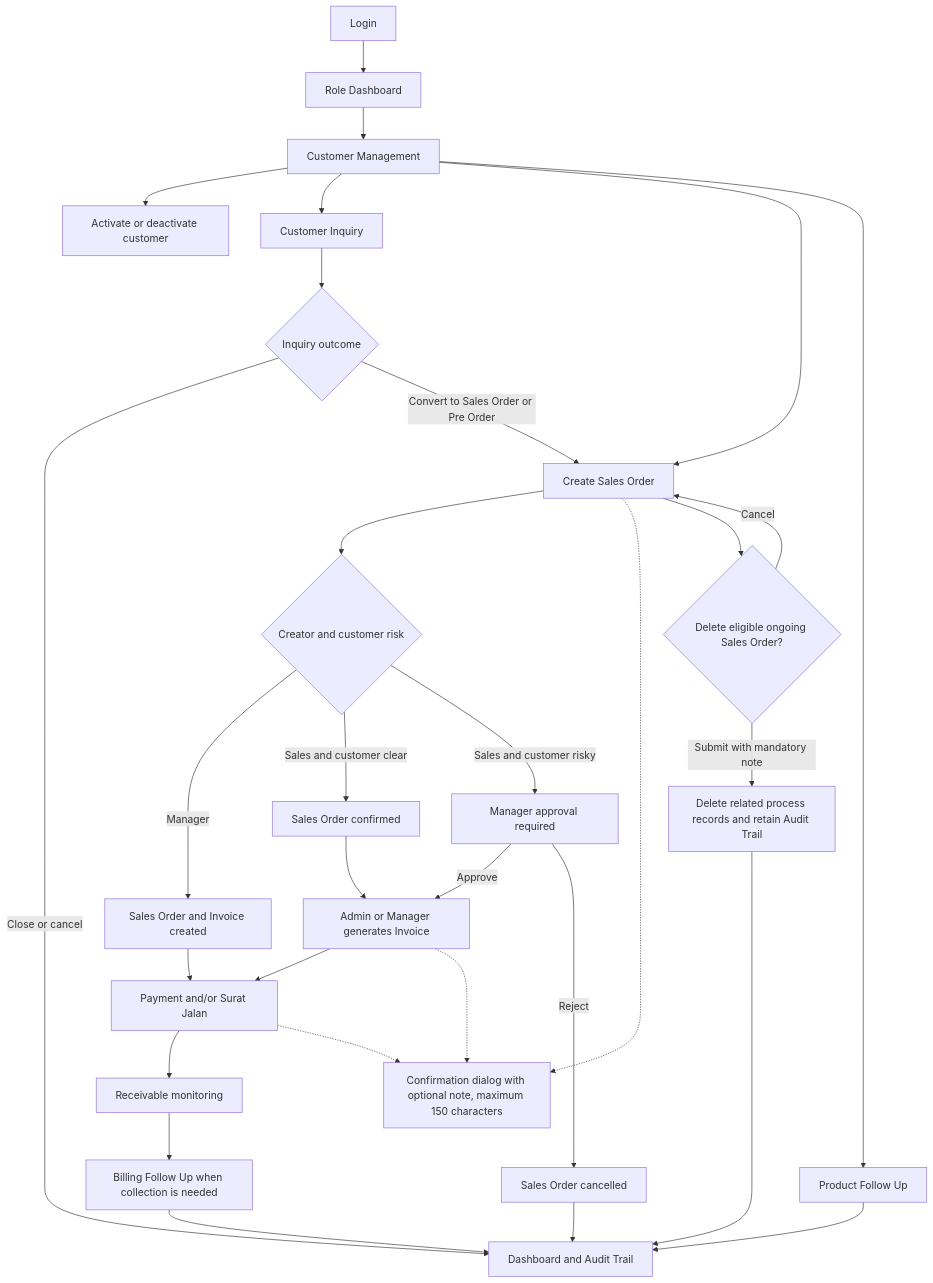
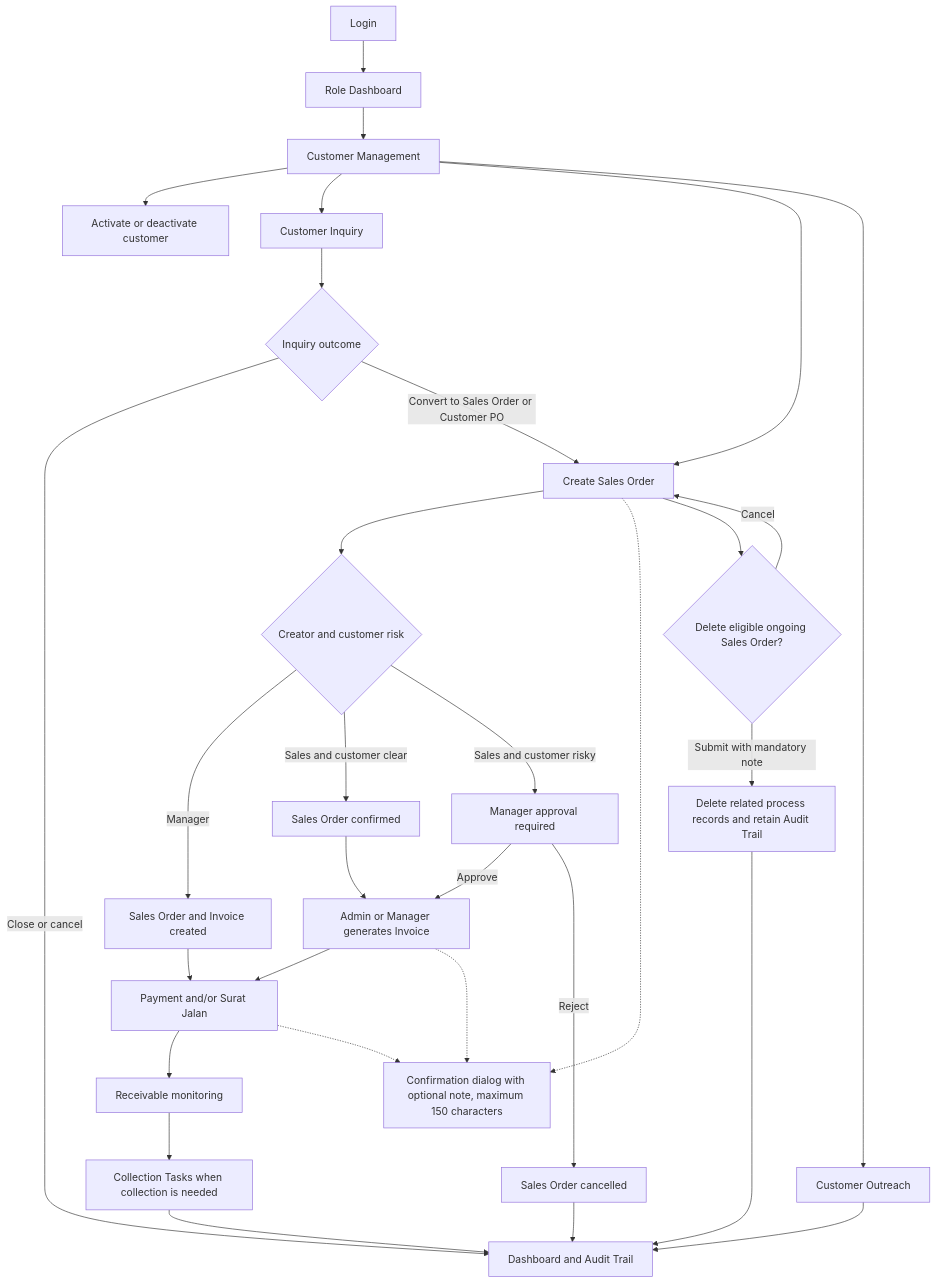
Before and after one commit to Nicholas8889/Pre-Thesis-Information-Systems: the first of 2 diagrams in docs/USER_FLOWS.md, drawn with Mermaid. The commit also changed other lines of this file and 151 other files, not shown here.

````diff
--- a/docs/USER_FLOWS.md
+++ b/docs/USER_FLOWS.md
@@ -13,33 +13,33 @@
 ```mermaid
 flowchart TD
     A["Login"] --> B["Role Dashboard"]
     B --> C["Customer Management"]
     C --> C1["Activate or deactivate customer"]
     C --> CI["Customer Inquiry"]
     CI --> CI1{"Inquiry outcome"}
     CI1 -->|"Close or cancel"| O["Dashboard and Audit Trail"]
-    CI1 -->|"Convert to Sales Order or Pre Order"| D
+    CI1 -->|"Convert to Sales Order or Customer PO"| D
     C --> D["Create Sales Order"]
     D --> E{"Creator and customer risk"}
     E -->|"Manager"| F["Sales Order and Invoice created"]
     E -->|"Sales and customer clear"| G["Sales Order confirmed"]
     G --> H["Admin or Manager generates Invoice"]
     E -->|"Sales and customer risky"| I["Manager approval required"]
     I -->|"Approve"| H
     I -->|"Reject"| J["Sales Order cancelled"]
     F --> K["Payment and/or Surat Jalan"]
     H --> K
     K --> L["Receivable monitoring"]
-    L --> M["Billing Follow Up when collection is needed"]
-    C --> N["Product Follow Up"]
+    L --> M["Collection Tasks when collection is needed"]
+    C --> N["Customer Outreach"]
     J --> O["Dashboard and Audit Trail"]
     M --> O
     N --> O
     D -.-> P["Confirmation dialog with optional note, maximum 150 characters"]
     H -.-> P
     K -.-> P
     D --> Q{"Delete eligible ongoing Sales Order?"}
     Q -->|"Cancel"| D
     Q -->|"Submit with mandatory note"| R["Delete related process records and retain Audit Trail"]
     R --> O
 ```
````
